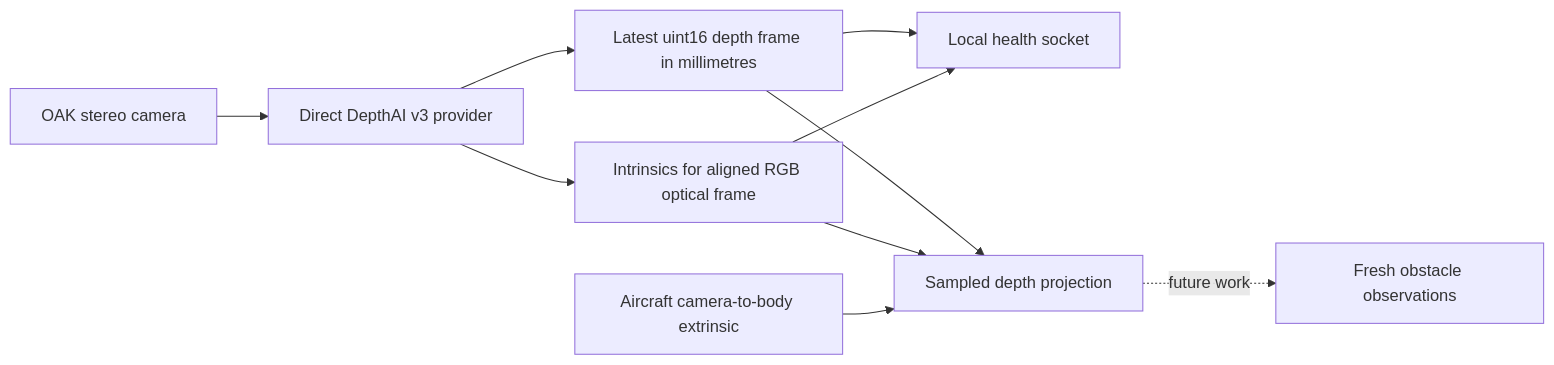
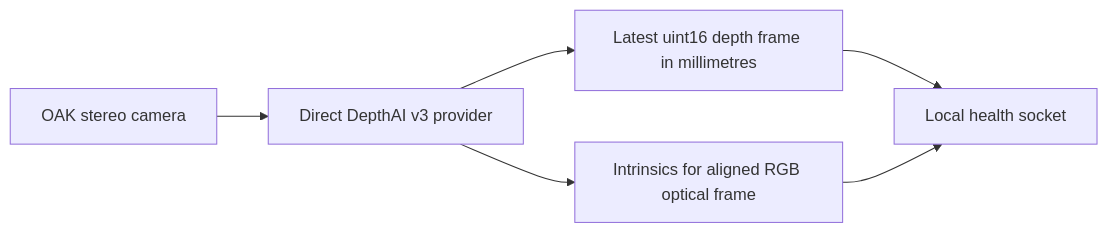
One commit to mofe64/atlas changed the diagram in docs/spatial-runtime.md. Above: the diagram before and after it, drawn with Mermaid. The commit also changed other lines of this file and 70 other files, not shown here.

````diff
--- a/docs/spatial-runtime.md
+++ b/docs/spatial-runtime.md
@@ -10,12 +10,8 @@
 ```mermaid
 flowchart LR
     OAK["OAK stereo camera"] --> DepthAI["Direct DepthAI v3 provider"]
     DepthAI --> Frame["Latest uint16 depth frame in millimetres"]
     DepthAI --> Calibration["Intrinsics for aligned RGB optical frame"]
     Frame --> Health["Local health socket"]
     Calibration --> Health
-    Frame --> Projection["Sampled depth projection"]
-    Calibration --> Projection
-    Profile["Aircraft camera-to-body extrinsic"] --> Projection
-    Projection -. "future work" .-> Obstacles["Fresh obstacle observations"]
 ```
````
